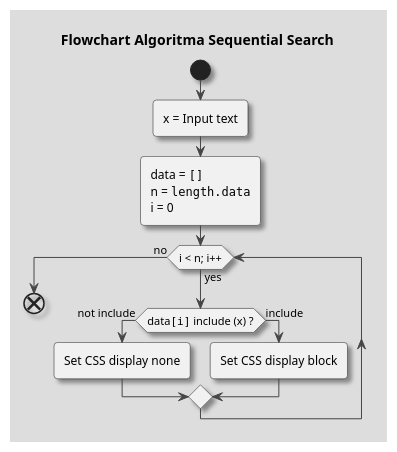
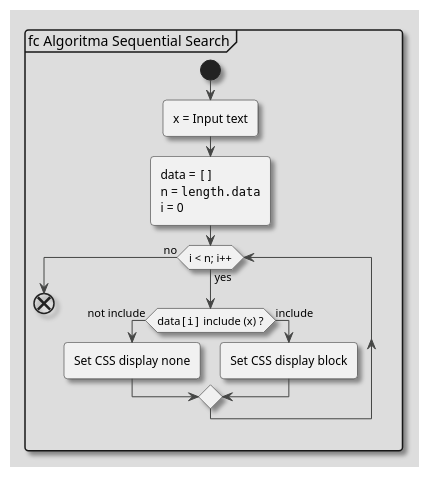
Before and after one commit to marlisumarli/hanger-scheduling: the diagram in Diagrams/FlowchartLinearSearch.puml, drawn with PlantUML. The commit also changed 19 other files, not shown here.

```diff
--- a/Diagrams/FlowchartLinearSearch.puml
+++ b/Diagrams/FlowchartLinearSearch.puml
@@ -1,21 +1,21 @@
 @startuml
-title Flowchart Algoritma Sequential Search
 !theme toy
 skinparam shadowing true
+mainframe fc Algoritma Sequential Search
 
 start
   :x = Input text;
   :data = ""[]""
   n = ""length.data""
   i = 0;
 
 while (i < n; i++) is (yes)
 
   if (data""[i]"" include (x) ?) is (not include) then
     :Set CSS display none;
   else (include)
     :Set CSS display block;
   endif
 endwhile (no)
 end
 @enduml
```
